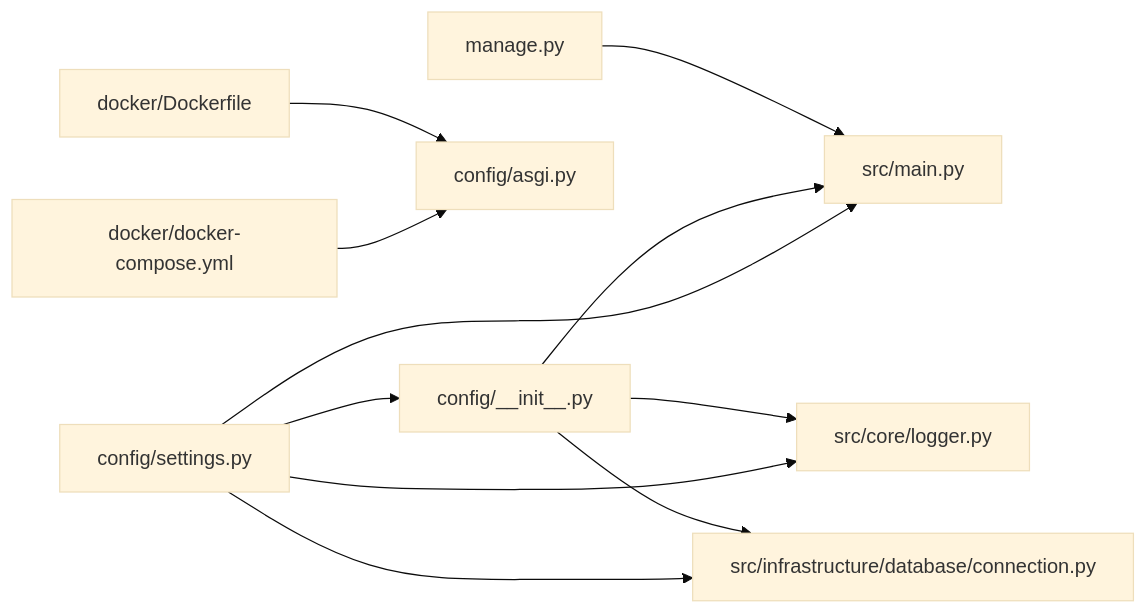
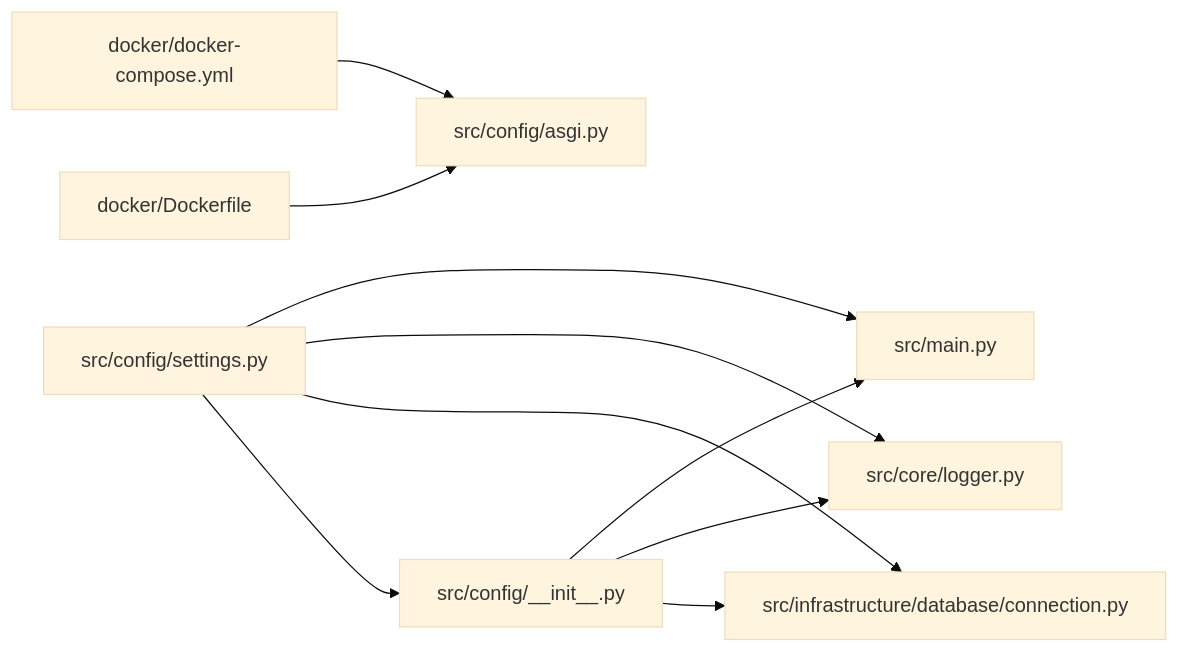
One commit to taoweidong/Hello-FastApi changed the fifth of 5 diagrams in .qoder/repowiki/zh/content/架构设计/配置管理架构.md. Above: the diagram before and after it, drawn with Mermaid (base theme). The commit also changed other lines of this file and 11 other files, not shown here.

````diff
--- a/.qoder/repowiki/zh/content/架构设计/配置管理架构.md
+++ b/.qoder/repowiki/zh/content/架构设计/配置管理架构.md
@@ -306,13 +302,12 @@
 ```mermaid
 graph LR
-Settings["config/settings.py"] --> Main["src/main.py"]
+Settings["src/config/settings.py"] --> Main["src/main.py"]
 Settings --> Logger["src/core/logger.py"]
 Settings --> DBConn["src/infrastructure/database/connection.py"]
-Settings --> PkgInit["config/__init__.py"]
+Settings --> PkgInit["src/config/__init__.py"]
 PkgInit --> Main
 PkgInit --> Logger
 PkgInit --> DBConn
-DockerCompose["docker/docker-compose.yml"] --> ASGI["config/asgi.py"]
+DockerCompose["docker/docker-compose.yml"] --> ASGI["src/config/asgi.py"]
 Dockerfile["docker/Dockerfile"] --> ASGI
-Manage["manage.py"] --> Main
 ```
````
